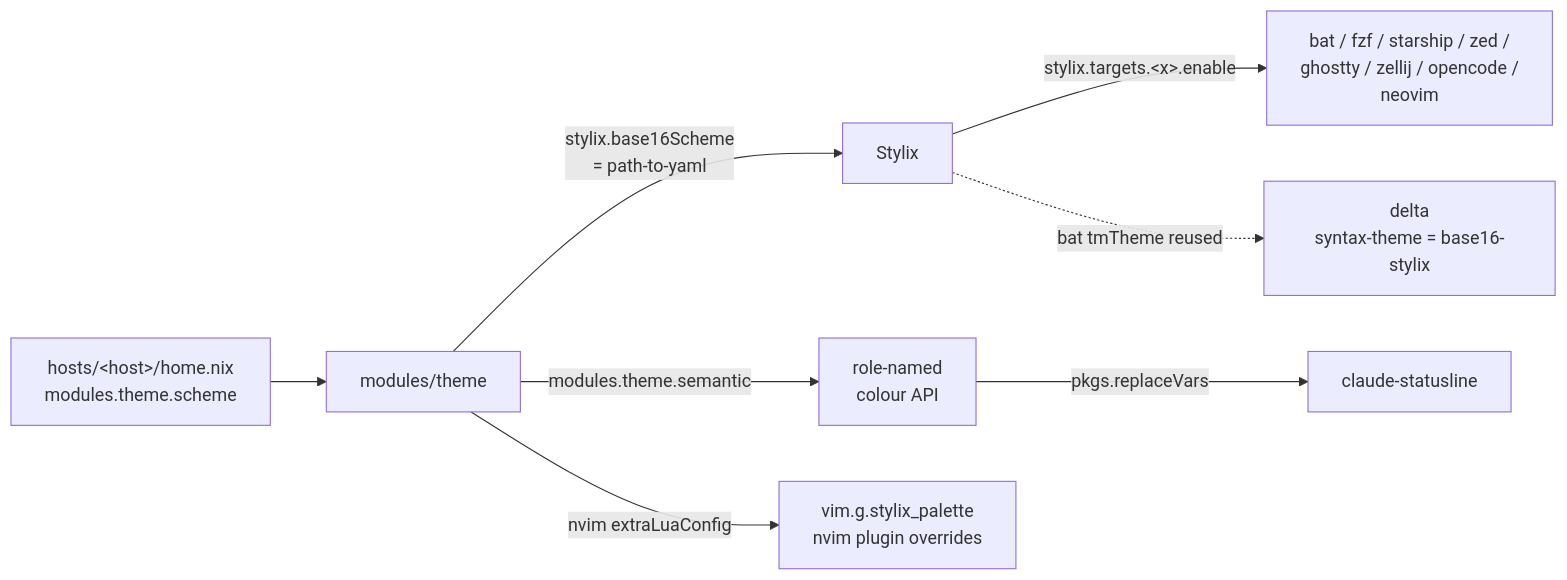
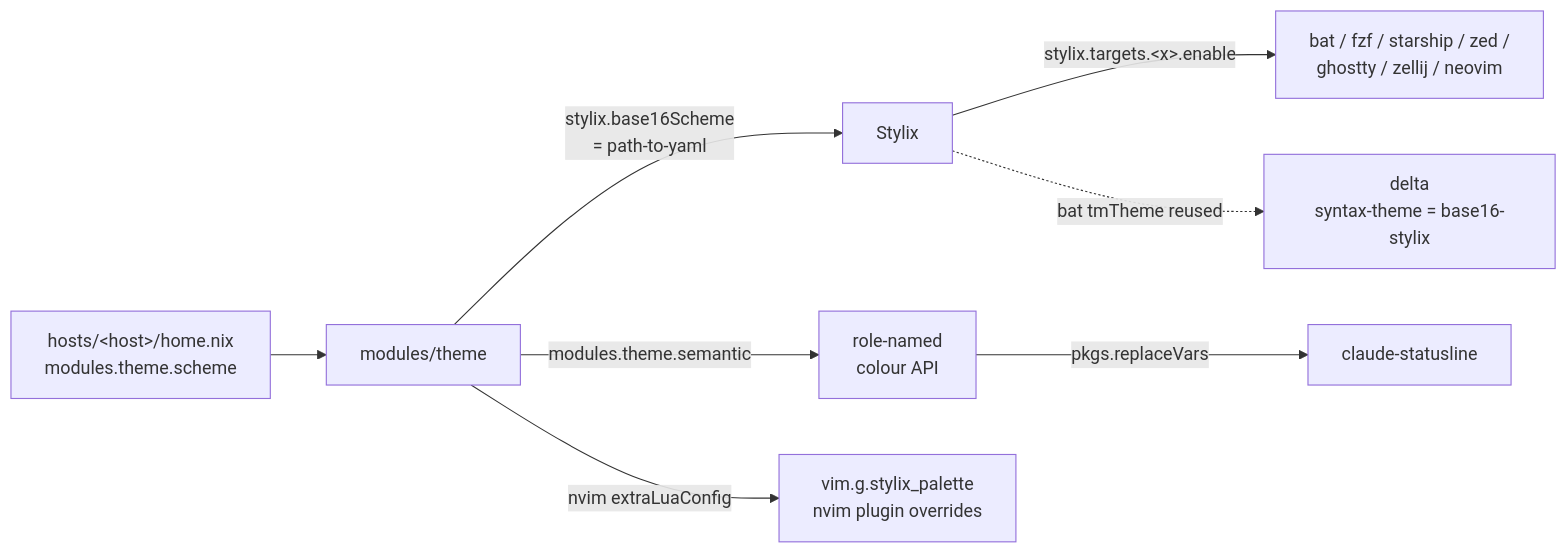
The diagram in docs/THEMING.md (phamann/dotfiles.nix), drawn with Mermaid before and after one commit. The commit also changed other lines of this file and 5 other files, not shown here.

````diff
--- a/docs/THEMING.md
+++ b/docs/THEMING.md
@@ -60,11 +60,11 @@
 ```mermaid
 flowchart LR
   H[hosts/&lt;host&gt;/home.nix<br/>modules.theme.scheme] --> T[modules/theme]
   T -->|stylix.base16Scheme<br/>= path-to-yaml| S[Stylix]
   T -->|modules.theme.semantic| R[role-named<br/>colour API]
 
-  S -->|stylix.targets.&lt;x&gt;.enable| A1[bat / fzf / starship / zed /<br/>ghostty / zellij / opencode /<br/>neovim]
+  S -->|stylix.targets.&lt;x&gt;.enable| A1[bat / fzf / starship / zed /<br/>ghostty / zellij / neovim]
   S -.->|bat tmTheme reused| D[delta<br/>syntax-theme = base16-stylix]
   R -->|pkgs.replaceVars| C[claude-statusline]
   T -->|nvim extraLuaConfig| V[vim.g.stylix_palette<br/>nvim plugin overrides]
 ```
````
